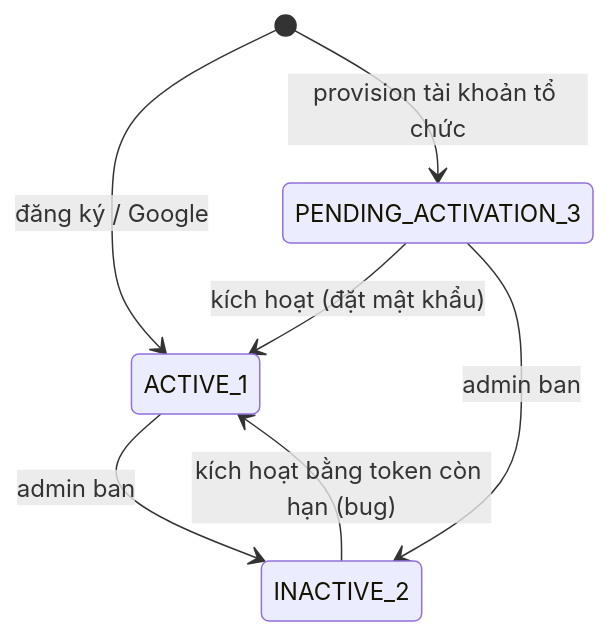
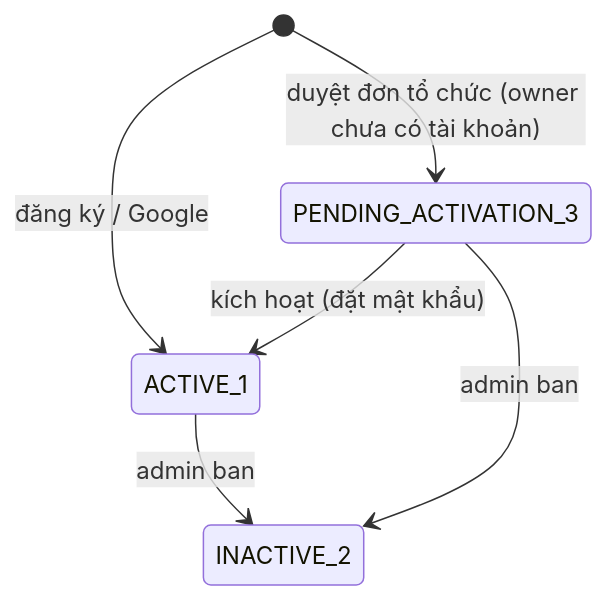
One commit to DOAN2-UQT-KN/ecolink-docs changed the ninth of 11 diagrams in 04-state-machines.md. Above: the diagram before and after it, drawn with Mermaid. The commit also changed other lines of this file and 10 other files, not shown here.

Commit message:
docs: multi-owner organization registration flow

````diff
--- a/04-state-machines.md
+++ b/04-state-machines.md
@@ -202,9 +227,8 @@
 ```mermaid
 stateDiagram-v2
   [*] --> ACTIVE_1: đăng ký / Google
-  [*] --> PENDING_ACTIVATION_3: provision tài khoản tổ chức
+  [*] --> PENDING_ACTIVATION_3: duyệt đơn tổ chức (owner chưa có tài khoản)
   PENDING_ACTIVATION_3 --> ACTIVE_1: kích hoạt (đặt mật khẩu)
   ACTIVE_1 --> INACTIVE_2: admin ban
   PENDING_ACTIVATION_3 --> INACTIVE_2: admin ban
-  INACTIVE_2 --> ACTIVE_1: kích hoạt bằng token còn hạn (bug)
 ```
````
